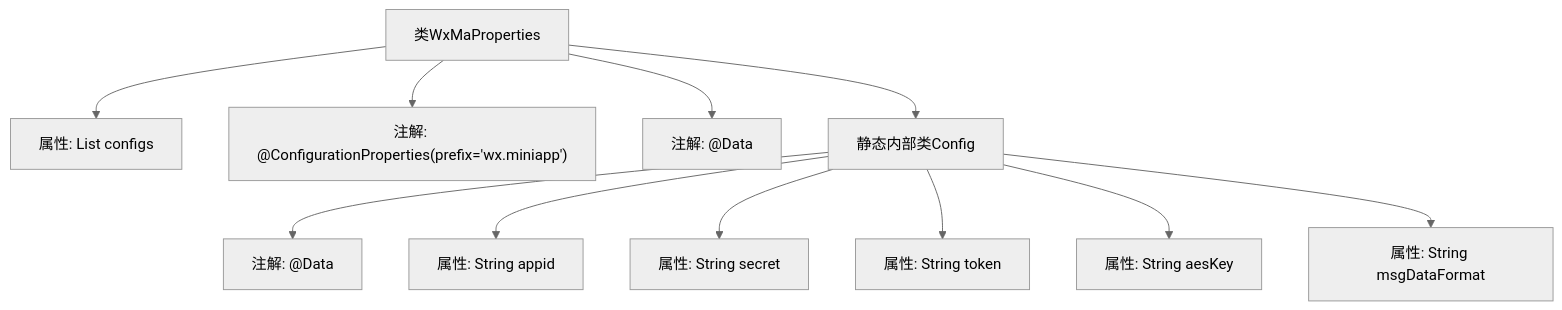
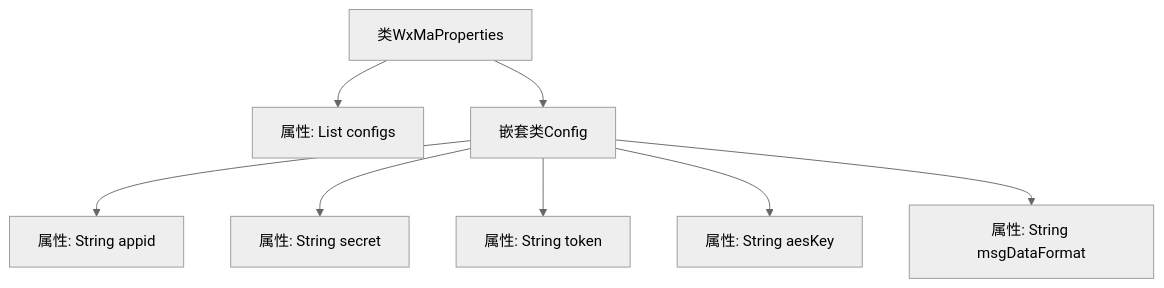
Before and after one commit to v-wjrong/rongwj666_weixin-java-miniapp-demo: the second of 2 diagrams in docs/zh/docs/src/main/java/com/github/binarywang/demo/wx/miniapp/config/WxMaProperties.md, drawn with Mermaid (neutral theme). The commit also changed other lines of this file and 47 other files, not shown here.

````diff
--- a/docs/zh/docs/src/main/java/com/github/binarywang/demo/wx/miniapp/config/WxMaProperties.md
+++ b/docs/zh/docs/src/main/java/com/github/binarywang/demo/wx/miniapp/config/WxMaProperties.md
@@ -70,25 +70,19 @@
 ```mermaid
 graph TD
     A["类WxMaProperties"]
     B["属性: List<Config> configs"]
-    C["注解: @ConfigurationProperties(prefix='wx.miniapp')"]
-    D["注解: @Data"]
-    E["静态内部类Config"]
-    F["属性: String appid"]
-    G["属性: String secret"]
-    H["属性: String token"]
-    I["属性: String aesKey"]
-    J["属性: String msgDataFormat"]
-    K["注解: @Data"]
+    C["嵌套类Config"]
+    D["属性: String appid"]
+    E["属性: String secret"]
+    F["属性: String token"]
+    G["属性: String aesKey"]
+    H["属性: String msgDataFormat"]
 
-    A --> D
+    A --> B
     A --> C
-    A --> B
-    A --> E
-    E --> K
-    E --> F
-    E --> G
-    E --> H
-    E --> I
-    E --> J
+    C --> D
+    C --> E
+    C --> F
+    C --> G
+    C --> H
 ```
````
